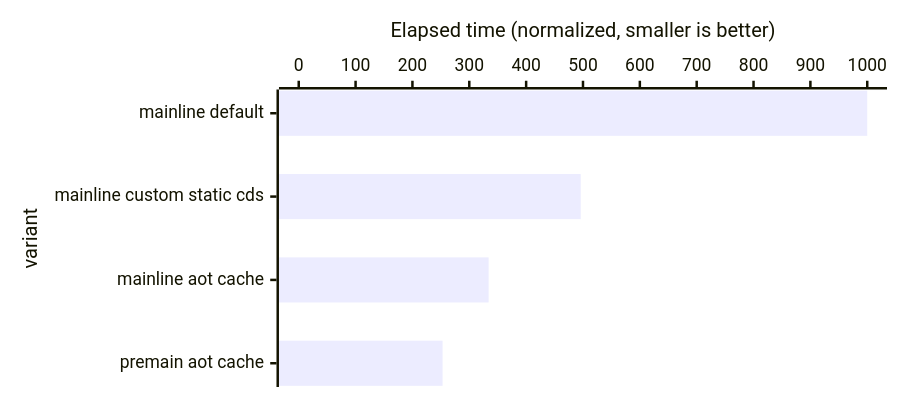
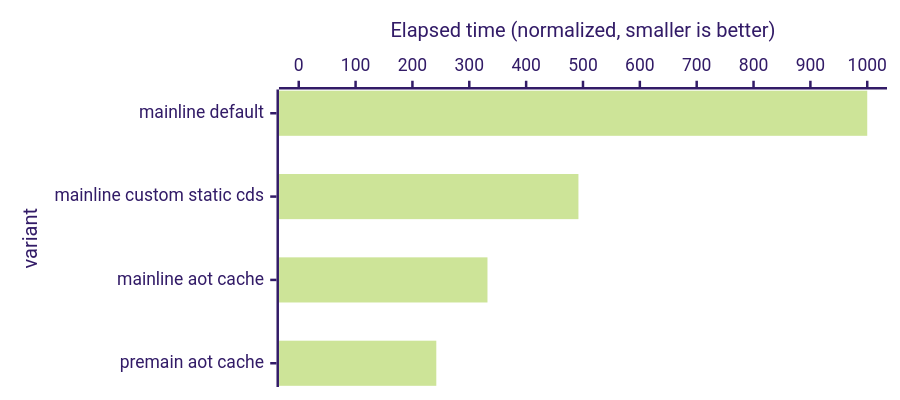
Before and after one commit to openjdk/leyden: the fifth of 6 diagrams in README.md, drawn with Mermaid. The commit also changed other lines of this file and 4 other files, not shown here.

````diff
--- a/README.md
+++ b/README.md
@@ -455,12 +459,13 @@
 ```mermaid
 ---
 config:
+    theme: "forest"
     xyChart:
         chartOrientation: horizontal
         height: 300
 ---
 xychart-beta
     x-axis "variant" ["mainline default", "mainline custom static cds", "mainline aot cache", "premain aot cache"]
     y-axis "Elapsed time (normalized, smaller is better)" 0 --> 1000
-    bar [1000, 496, 334, 253]
+    bar [1000, 492, 332, 242]
 ```
````
